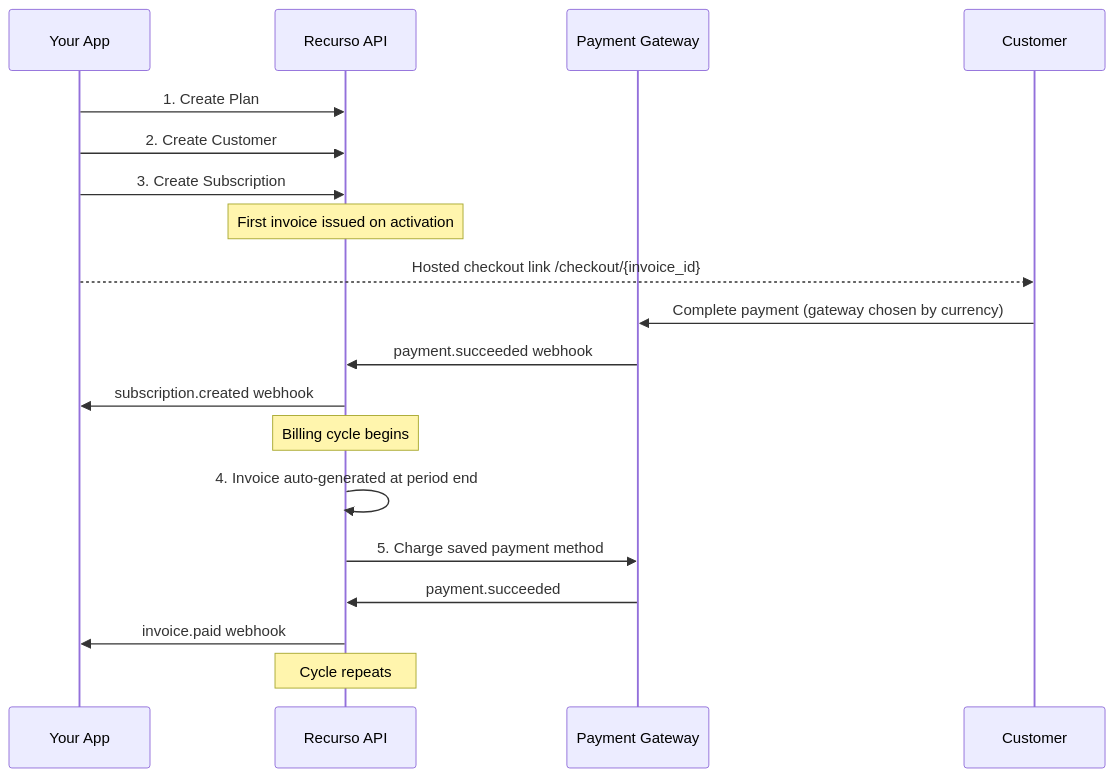
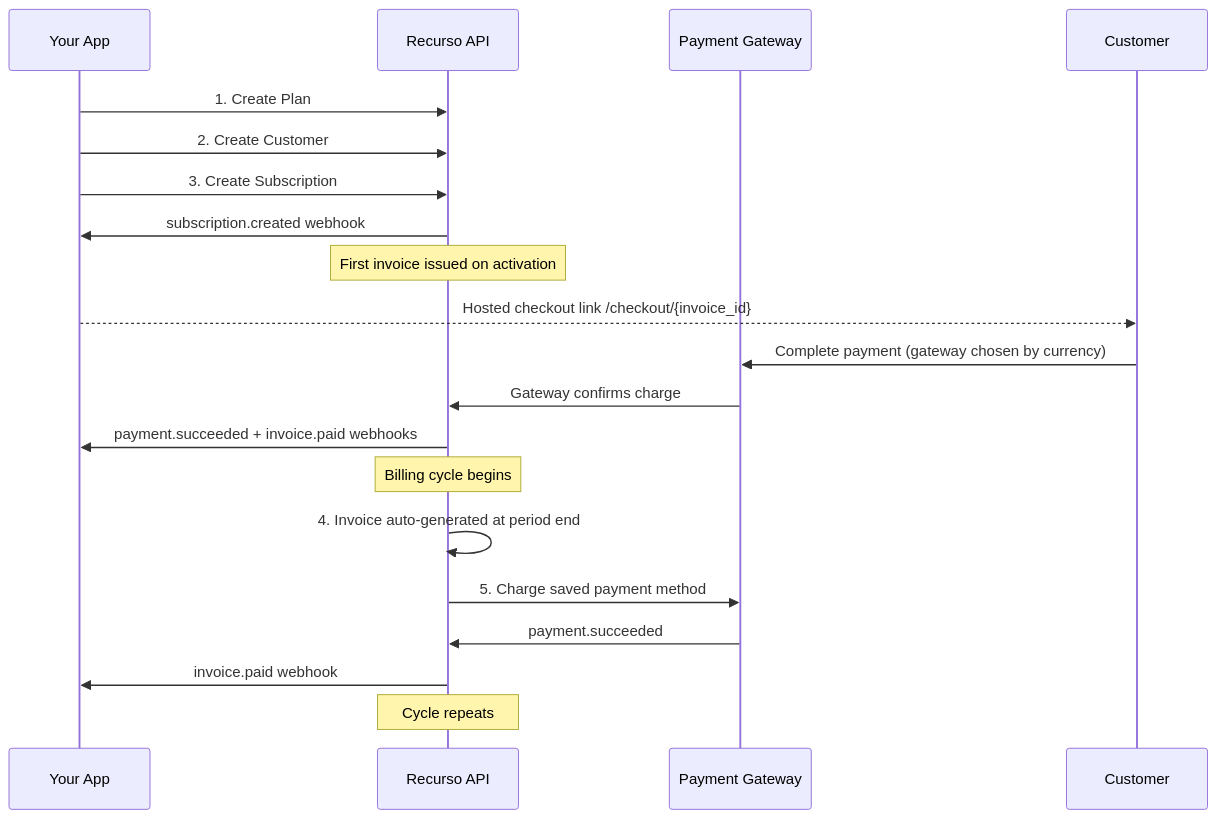
Before and after one commit to recurso-dev/docs: the diagram in end-to-end.mdx, drawn with Mermaid. The commit also changed 14 other files, not shown here.

````diff
--- a/end-to-end.mdx
+++ b/end-to-end.mdx
@@ -10,22 +10,23 @@
 ```mermaid
 sequenceDiagram
     participant You as Your App
     participant R as Recurso API
     participant G as Payment Gateway
     participant C as Customer
 
     You->>R: 1. Create Plan
     You->>R: 2. Create Customer
     You->>R: 3. Create Subscription
+    R->>You: subscription.created webhook
     Note over R: First invoice issued on activation
     You-->>C: Hosted checkout link /checkout/{invoice_id}
     C->>G: Complete payment (gateway chosen by currency)
-    G->>R: payment.succeeded webhook
-    R->>You: subscription.created webhook
+    G->>R: Gateway confirms charge
+    R->>You: payment.succeeded + invoice.paid webhooks
     Note over R: Billing cycle begins
     R->>R: 4. Invoice auto-generated at period end
     R->>G: 5. Charge saved payment method
     G->>R: payment.succeeded
     R->>You: invoice.paid webhook
     Note over R: Cycle repeats
 ```
````
